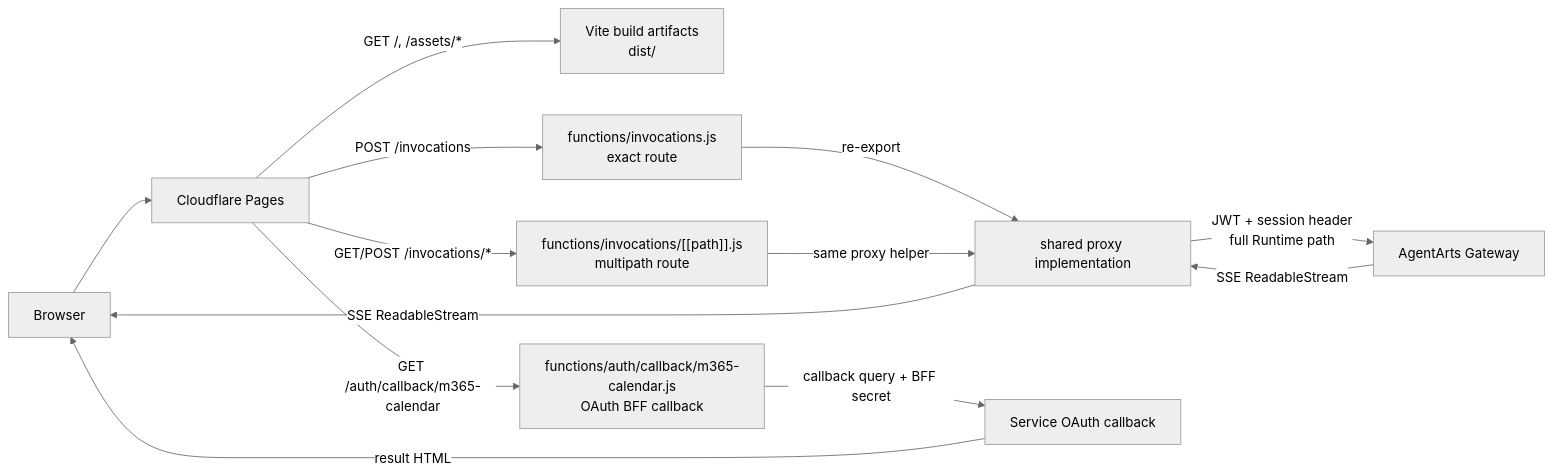
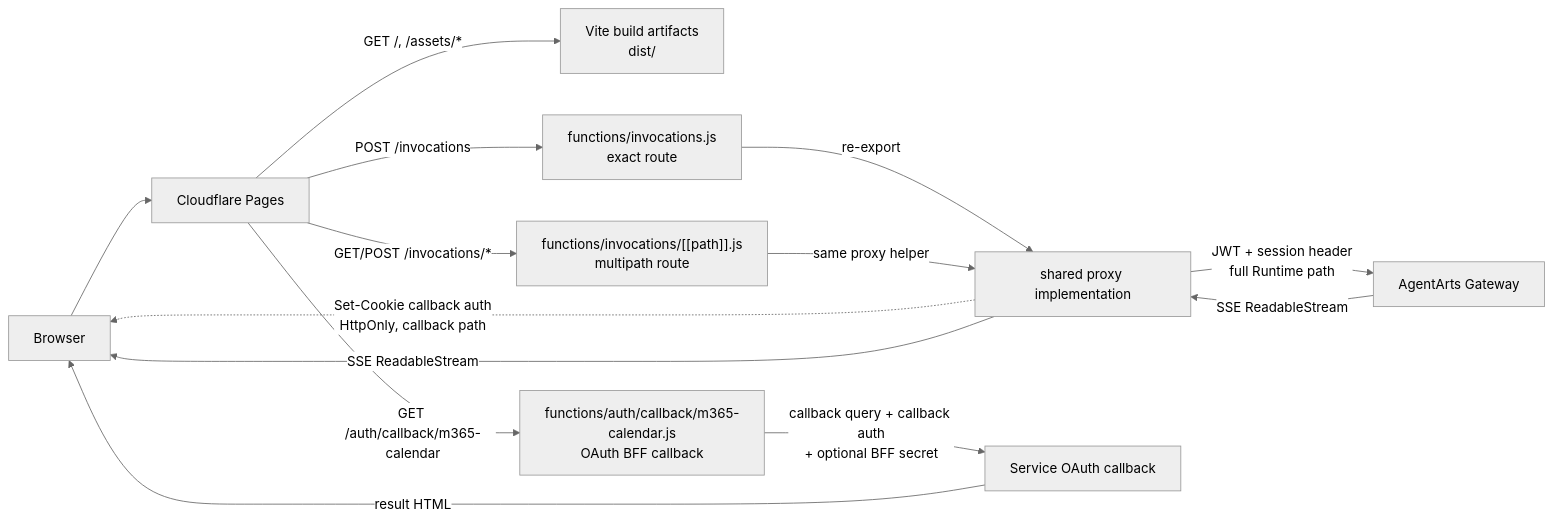
Before and after one commit to T-1009/personal-assistant: the first of 2 diagrams in personal-assistant-meta/architecture/cloud-service/cloudflare/pages.md, drawn with Mermaid (neutral theme). The commit also changed other lines of this file and 5 other files, not shown here.

Commit message:
Fix BFF callback gateway authorization

````diff
--- a/personal-assistant-meta/architecture/cloud-service/cloudflare/pages.md
+++ b/personal-assistant-meta/architecture/cloud-service/cloudflare/pages.md
@@ -10,17 +10,18 @@
 ```mermaid
 flowchart LR
     Browser["Browser"] --> Pages["Cloudflare Pages"]
 
     Pages -->|"GET /, /assets/*"| Assets["Vite build artifacts<br/>dist/"]
     Pages -->|"POST /invocations"| ExactFn["functions/invocations.js<br/>exact route"]
     Pages -->|"GET/POST /invocations/*"| DeepFn["functions/invocations/[[path]].js<br/>multipath route"]
     Pages -->|"GET /auth/callback/m365-calendar"| CallbackFn["functions/auth/callback/m365-calendar.js<br/>OAuth BFF callback"]
 
     ExactFn -->|"re-export"| Proxy["shared proxy implementation"]
     DeepFn -->|"same proxy helper"| Proxy
     Proxy -->|"JWT + session header<br/>full Runtime path"| Gateway["AgentArts Gateway"]
-    CallbackFn -->|"callback query + BFF secret"| OAuthCallback["Service OAuth callback"]
+    Proxy -.->|"Set-Cookie callback auth<br/>HttpOnly, callback path"| Browser
+    CallbackFn -->|"callback query + callback auth<br/>+ optional BFF secret"| OAuthCallback["Service OAuth callback"]
     Gateway -->|"SSE ReadableStream"| Proxy
     Proxy -->|"SSE ReadableStream"| Browser
     OAuthCallback -->|"result HTML"| Browser
 ```
````
